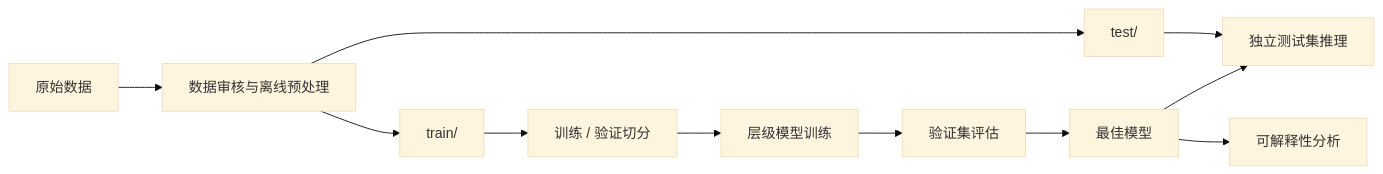
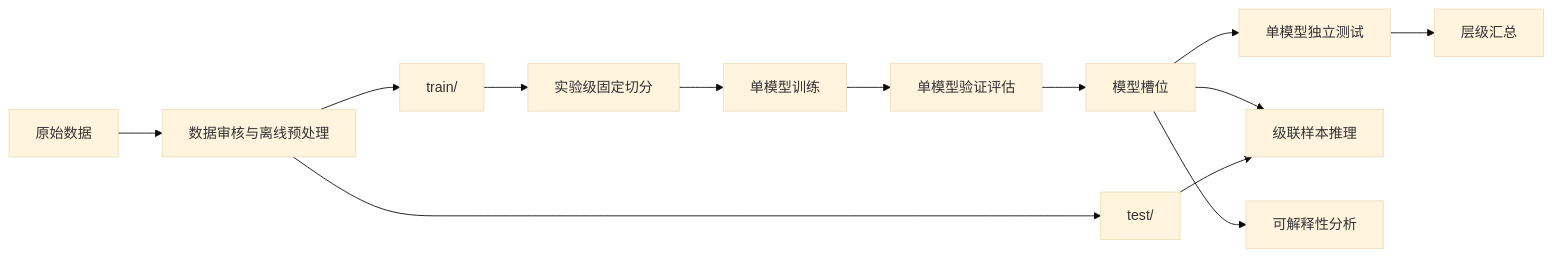
The first of 2 diagrams in ramanv2/项目说明.md (YaoHui-Wu06022/Bacterial-Raman-Spectroscopy-Classification), drawn with Mermaid (base theme) before and after one commit. The commit also changed other lines of this file and 50 other files, not shown here.

````diff
--- a/ramanv2/项目说明.md
+++ b/ramanv2/项目说明.md
@@ -69,32 +70,34 @@
 ```mermaid
 flowchart LR
     A["原始数据"]
     B["数据审核与离线预处理"]
 
     C["train/"]
     D["test/"]
 
-    E["训练 / 验证切分"]
-    F["层级模型训练"]
-    G["验证集评估"]
+    E["实验级固定切分"]
+    F["单模型训练"]
+    G["单模型验证评估"]
 
-    H["最佳模型"]
-    I["独立测试集推理"]
+    H["模型槽位"]
 
-    J["可解释性分析"]
+    I["单模型独立测试"]
+    J["层级汇总"]
+    K["级联样本推理"]
+    L["可解释性分析"]
 
     A --> B
-
     B --> C
     B --> D
 
     C --> E
     E --> F
     F --> G
     G --> H
 
     H --> I
-    D --> I
-
-    H --> J
+    I --> J
+    H --> K
+    D --> K
+    H --> L
 ```
````
